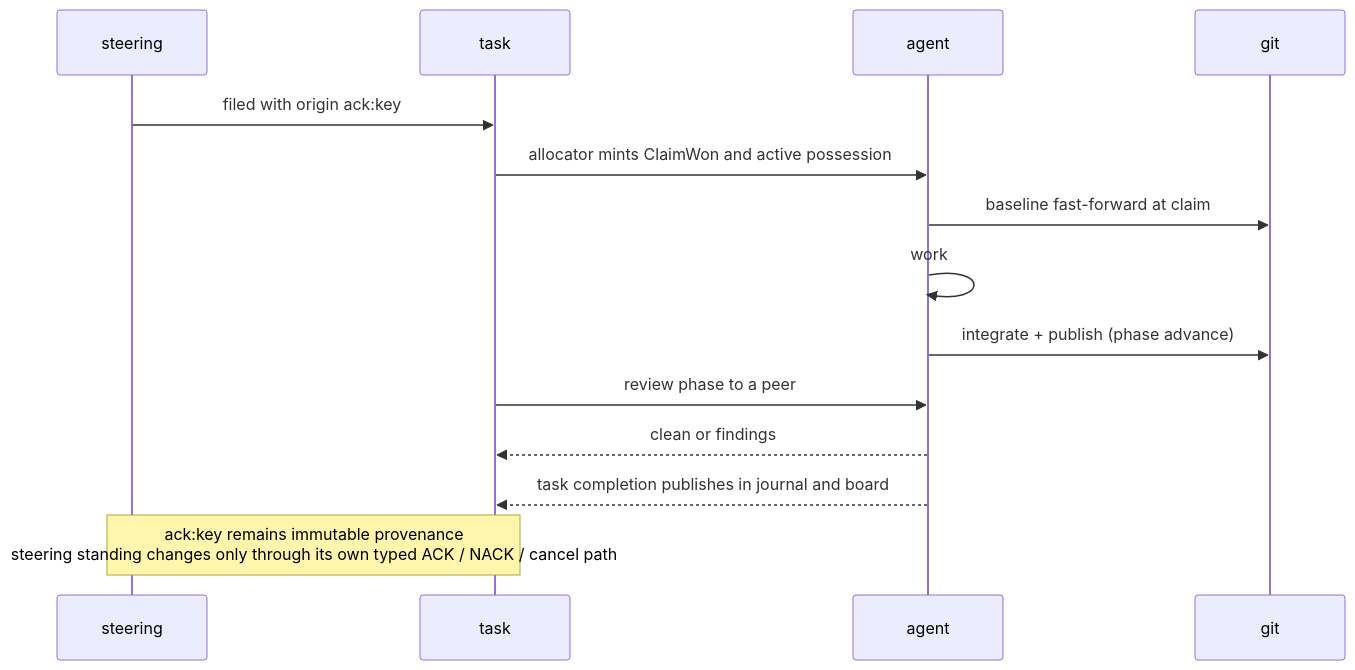
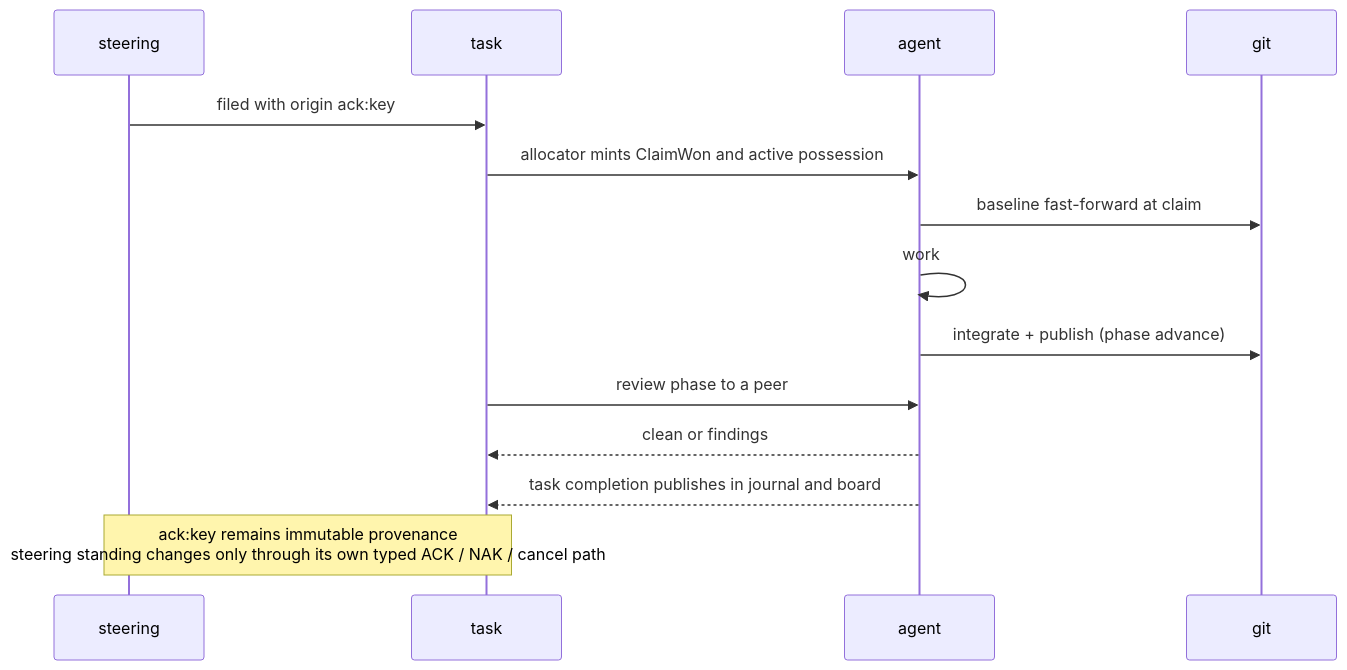
One commit to infimalabs/spice-rust changed the fourth of 6 diagrams in docs/product/model/failures.md. Above: the diagram before and after it, drawn with Mermaid. The commit also changed other lines of this file and 43 other files, not shown here.

Commit message:
Align ACK grammar and rename NACK to NAK

````diff
--- a/docs/product/model/failures.md
+++ b/docs/product/model/failures.md
@@ -110,16 +110,16 @@
 ```mermaid
 sequenceDiagram
   participant S as steering
   participant T as task
   participant A as agent
   participant G as git
   S->>T: filed with origin ack:key
   T->>A: allocator mints ClaimWon and active possession
   A->>G: baseline fast-forward at claim
   A->>A: work
   A->>G: integrate + publish (phase advance)
   T->>A: review phase to a peer
   A-->>T: clean or findings
   A-->>T: task completion publishes in journal and board
-  Note over S,T: ack:key remains immutable provenance<br/>steering standing changes only through its own typed ACK / NACK / cancel path
+  Note over S,T: ack:key remains immutable provenance<br/>steering standing changes only through its own typed ACK / NAK / cancel path
 ```
````
